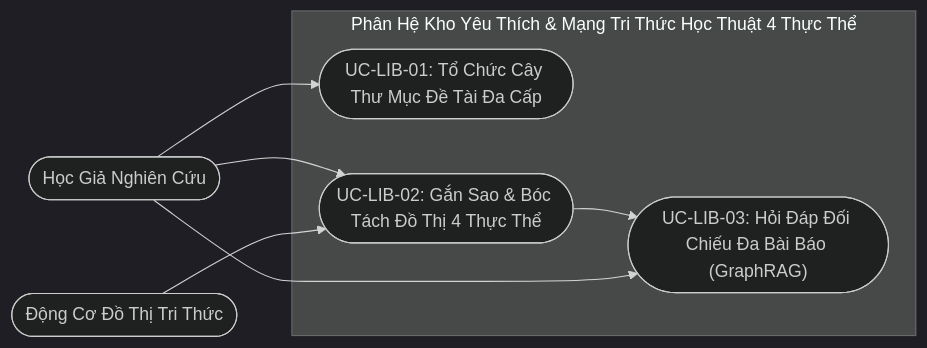
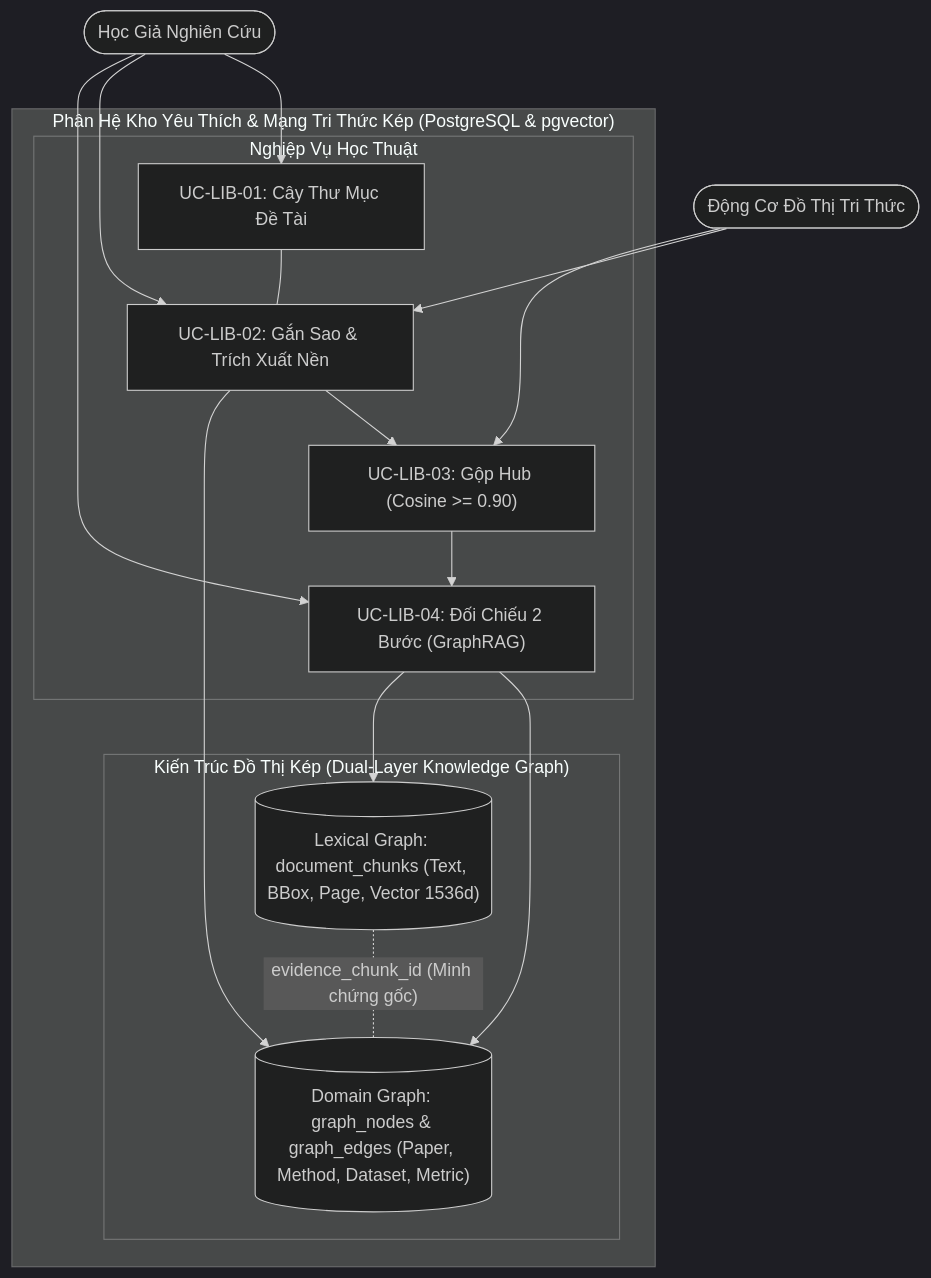
Before and after one commit to dammanhdungvn/VeriScholar: the diagram in docs/PRD/05-favorite-library-and-graphrag.md, drawn with Mermaid (dark theme). The commit also changed other lines of this file and 3 other files, not shown here.

Commit message:
docs: enrich PRD and Technical Specs for GraphRAG and Agentic Writing with production architectures

````diff
--- a/docs/PRD/05-favorite-library-and-graphrag.md
+++ b/docs/PRD/05-favorite-library-and-graphrag.md
@@ -43,15 +43,31 @@
 ```mermaid
-flowchart LR
+flowchart TD
     Scholar(["Học Giả Nghiên Cứu"])
     GraphEngine(["Động Cơ Đồ Thị Tri Thức"])
-    subgraph LibraryBoundary ["Phân Hệ Kho Yêu Thích & Mạng Tri Thức Học Thuật 4 Thực Thể"]
-        UC1(["UC-LIB-01: Tổ Chức Cây Thư Mục Đề Tài Đa Cấp"])
-        UC2(["UC-LIB-02: Gắn Sao & Bóc Tách Đồ Thị 4 Thực Thể"])
-        UC3(["UC-LIB-03: Hỏi Đáp Đối Chiếu Đa Bài Báo (GraphRAG)"])
-        UC2 --> UC3
+
+    subgraph LibraryBoundary ["Phân Hệ Kho Yêu Thích & Mạng Tri Thức Kép (PostgreSQL & pgvector)"]
+        subgraph UseCases ["Nghiệp Vụ Học Thuật"]
+            UC1["UC-LIB-01: Cây Thư Mục Đề Tài"]
+            UC2["UC-LIB-02: Gắn Sao & Trích Xuất Nền"]
+            UC3["UC-LIB-03: Gộp Hub (Cosine >= 0.90)"]
+            UC4["UC-LIB-04: Đối Chiếu 2 Bước (GraphRAG)"]
+            UC1 --- UC2 --> UC3 --> UC4
+        end
+
+        subgraph DualGraph ["Kiến Trúc Đồ Thị Kép (Dual-Layer Knowledge Graph)"]
+            LexicalGraph[("Lexical Graph: document_chunks (Text, BBox, Page, Vector 1536d)")]
+            DomainGraph[("Domain Graph: graph_nodes & graph_edges (Paper, Method, Dataset, Metric)")]
+            LexicalGraph -. "evidence_chunk_id (Minh chứng gốc)" .- DomainGraph
+        end
+
+        UC2 --> DomainGraph
+        UC4 --> DomainGraph
+        UC4 --> LexicalGraph
     end
+
     Scholar --> UC1
     Scholar --> UC2
-    Scholar --> UC3
+    Scholar --> UC4
     GraphEngine --> UC2
+    GraphEngine --> UC3
 ```
````
